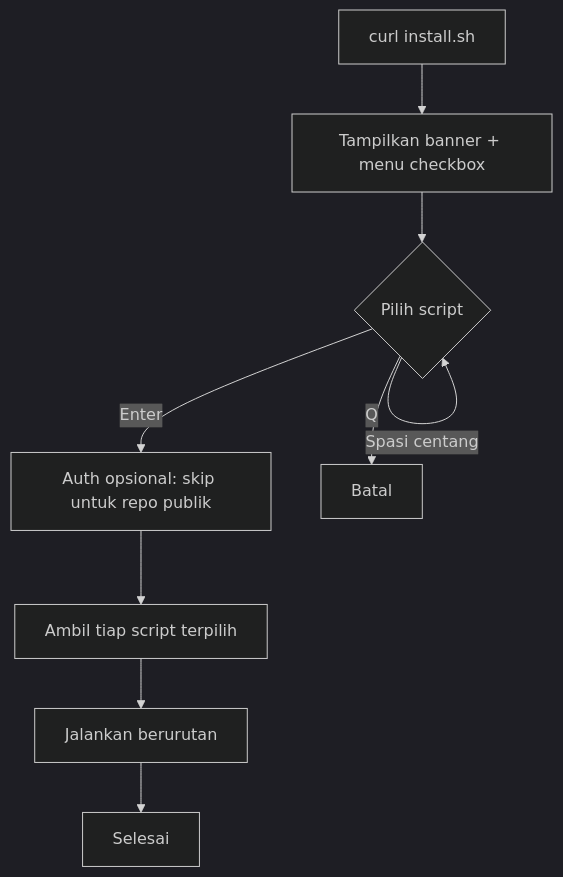
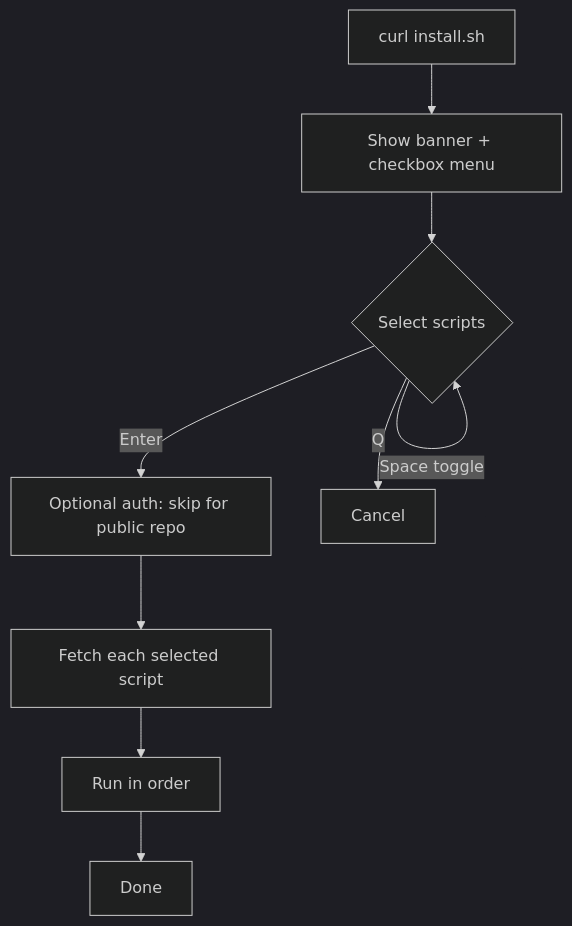
The diagram in .shell/README.md (wanforge/wanforge), drawn with Mermaid (dark theme) before and after one commit. The commit also changed other lines of this file, not shown here.

````diff
--- a/.shell/README.md
+++ b/.shell/README.md
@@ -70,11 +69,11 @@
 ```mermaid
 flowchart TD
-    A[curl install.sh] --> B[Tampilkan banner + menu checkbox]
-    B --> C{Pilih script}
-    C -->|Spasi centang| C
-    C -->|Enter| D[Auth opsional: skip untuk repo publik]
-    D --> E[Ambil tiap script terpilih]
-    E --> F[Jalankan berurutan]
-    F --> G[Selesai]
-    C -->|Q| H[Batal]
+    A[curl install.sh] --> B[Show banner + checkbox menu]
+    B --> C{Select scripts}
+    C -->|Space toggle| C
+    C -->|Enter| D[Optional auth: skip for public repo]
+    D --> E[Fetch each selected script]
+    E --> F[Run in order]
+    F --> G[Done]
+    C -->|Q| H[Cancel]
 ```
````
